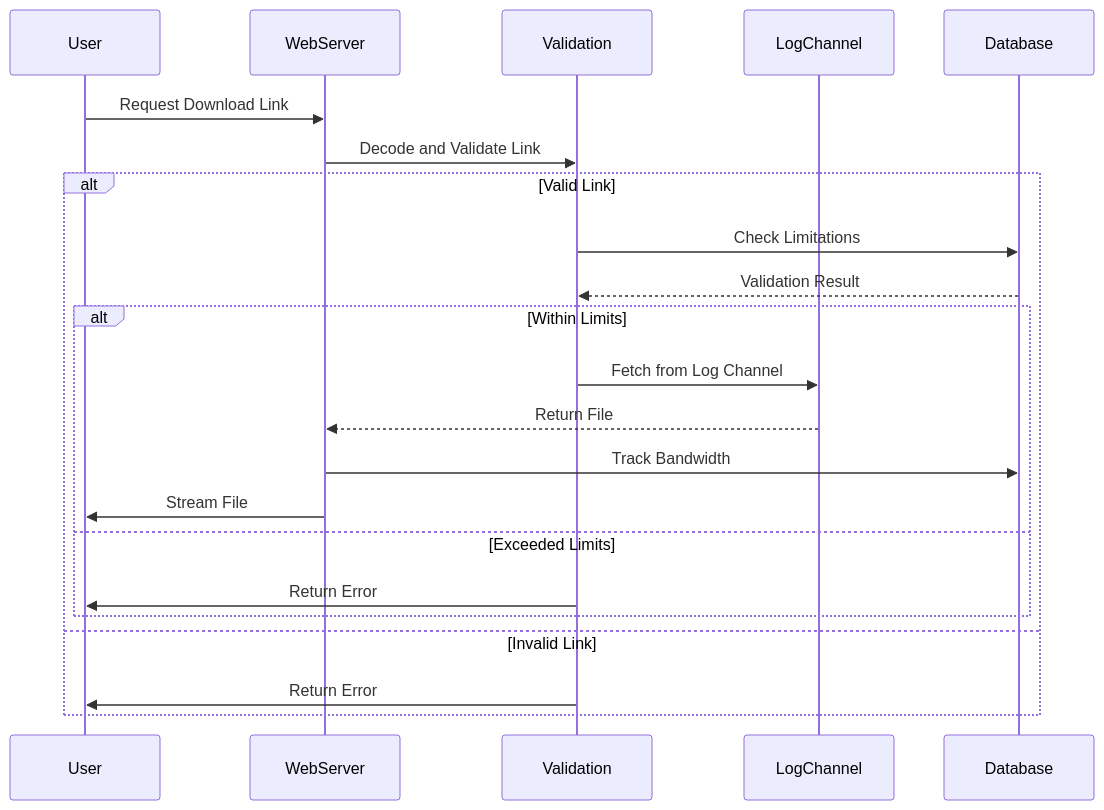
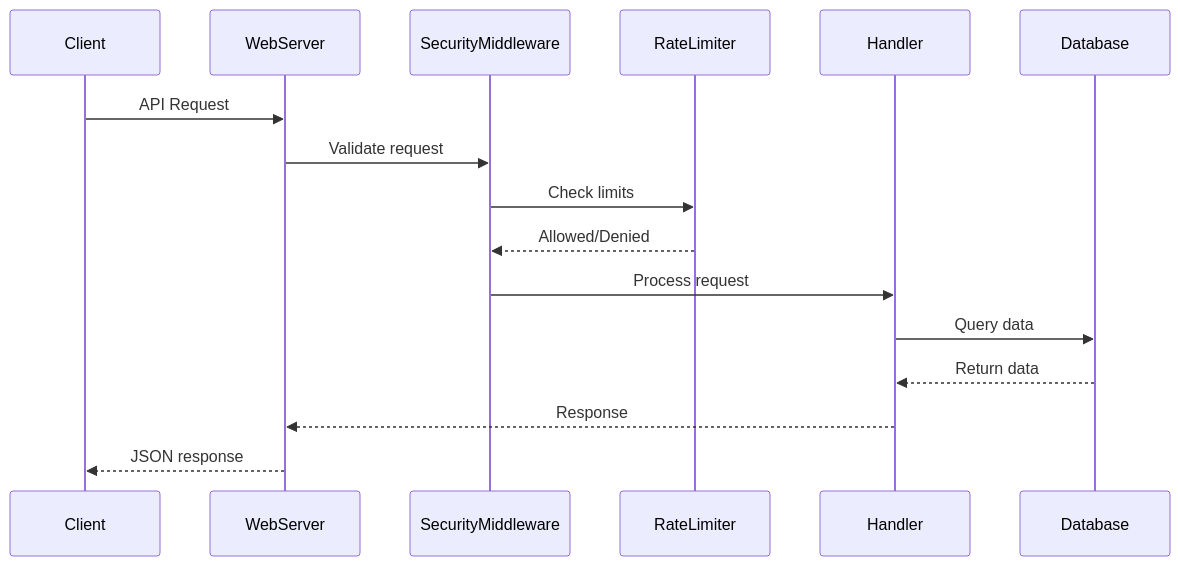
Before and after one commit to AnikethJana/Telegram-Download-Link-Generator: the fourth of 4 diagrams in docs/developer-guide/architecture.md, drawn with Mermaid. The commit also changed other lines of this file and 20 other files, not shown here.

````diff
--- a/docs/developer-guide/architecture.md
+++ b/docs/developer-guide/architecture.md
@@ -118,27 +369,19 @@
 ```mermaid
 sequenceDiagram
-    participant User
+    participant Client
     participant WebServer
-    participant Validation
-    participant LogChannel
+    participant SecurityMiddleware
+    participant RateLimiter
+    participant Handler
     participant Database
     
-    User->>WebServer: Request Download Link
-    WebServer->>Validation: Decode and Validate Link
-    
-    alt Valid Link
-        Validation->>Database: Check Limitations
-        Database-->>Validation: Validation Result
-        
-        alt Within Limits
-            Validation->>LogChannel: Fetch from Log Channel
-            LogChannel-->>WebServer: Return File
-            WebServer->>Database: Track Bandwidth
-            WebServer->>User: Stream File
-        else Exceeded Limits
-            Validation->>User: Return Error
-        end
-    else Invalid Link
-        Validation->>User: Return Error
-    end
+    Client->>WebServer: API Request
+    WebServer->>SecurityMiddleware: Validate request
+    SecurityMiddleware->>RateLimiter: Check limits
+    RateLimiter-->>SecurityMiddleware: Allowed/Denied
+    SecurityMiddleware->>Handler: Process request
+    Handler->>Database: Query data
+    Database-->>Handler: Return data
+    Handler-->>WebServer: Response
+    WebServer-->>Client: JSON response
 ```
````
